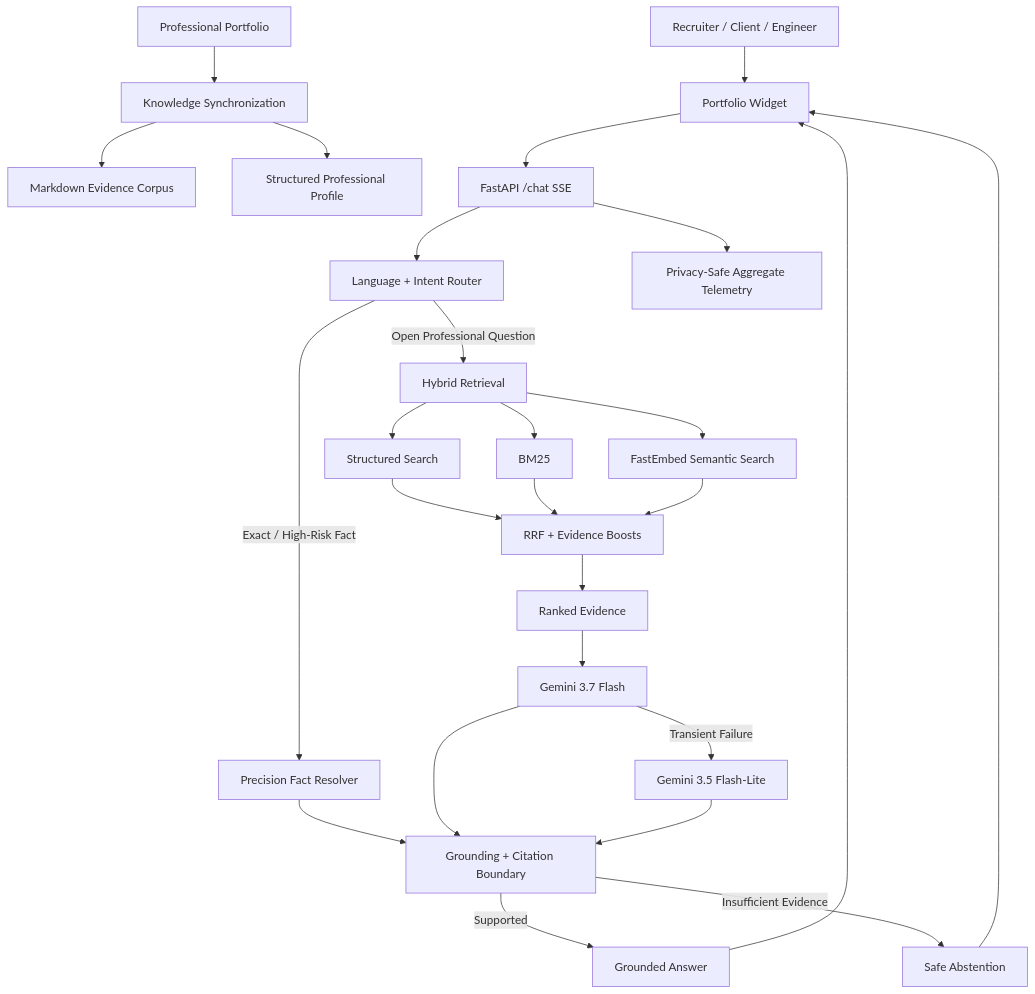
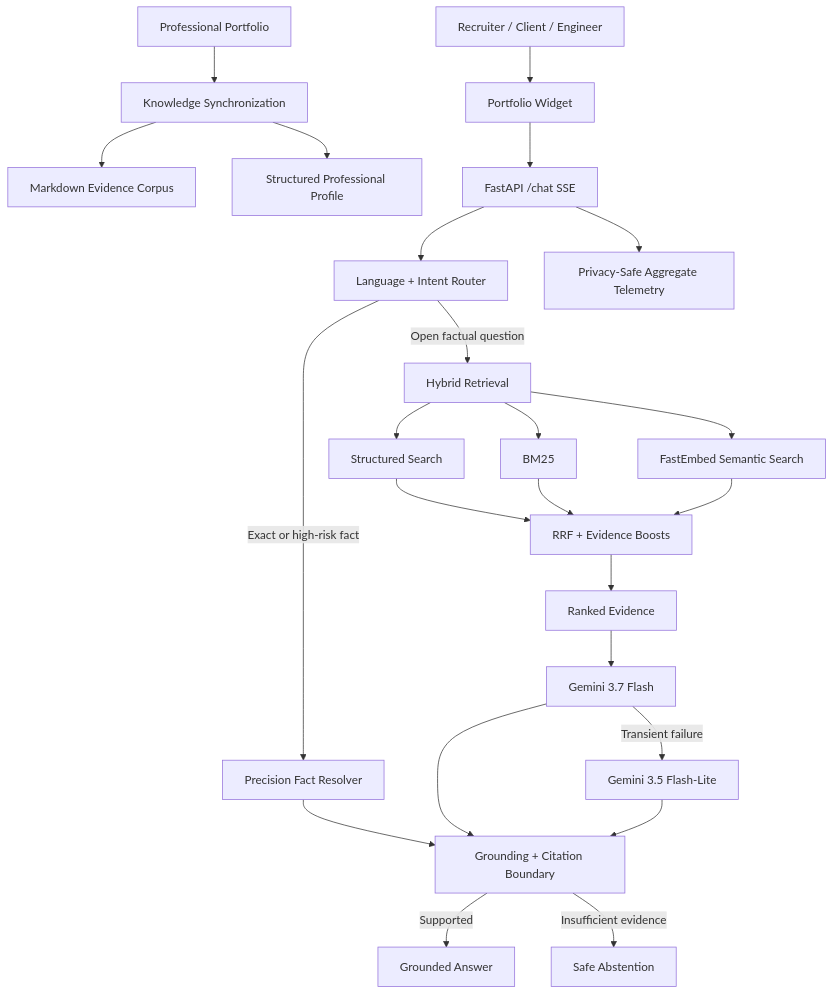
Before and after one commit to YOUSSEF-BT/ASK-YOUSSEF-AI: the diagram in docs/architecture.md, drawn with Mermaid. The commit also changed other lines of this file, not shown here.

Commit message:
Refine architecture documentation

````diff
--- a/docs/architecture.md
+++ b/docs/architecture.md
@@ -9,42 +9,34 @@
 ```mermaid
 flowchart TD
+    P[Professional Portfolio] --> S[Knowledge Synchronization]
+    S --> M[Markdown Evidence Corpus]
+    S --> J[Structured Professional Profile]
 
-    Portfolio[Professional Portfolio]
-    Portfolio --> Sync[Knowledge Synchronization]
+    U[Recruiter / Client / Engineer] --> W[Portfolio Widget]
+    W --> API[FastAPI /chat SSE]
+    API --> R[Language + Intent Router]
 
-    Sync --> Corpus[Markdown Evidence Corpus]
-    Sync --> Profile[Structured Professional Profile]
+    R -->|Exact or high-risk fact| F[Precision Fact Resolver]
+    R -->|Open factual question| H[Hybrid Retrieval]
 
-    Visitor[Recruiter / Client / Engineer]
-    Visitor --> Widget[Portfolio Widget]
+    H --> ST[Structured Search]
+    H --> B[BM25]
+    H --> E[FastEmbed Semantic Search]
 
-    Widget --> API[FastAPI /chat SSE]
-    API --> Router[Language + Intent Router]
+    ST --> RRF[RRF + Evidence Boosts]
+    B --> RRF
+    E --> RRF
 
-    Router -->|Exact / High-Risk Fact| Facts[Precision Fact Resolver]
-    Router -->|Open Professional Question| Hybrid[Hybrid Retrieval]
+    RRF --> C[Ranked Evidence]
+    C --> G[Gemini 3.7 Flash]
+    G -->|Transient failure| GF[Gemini 3.5 Flash-Lite]
 
-    Hybrid --> Structured[Structured Search]
-    Hybrid --> Lexical[BM25]
-    Hybrid --> Semantic[FastEmbed Semantic Search]
+    F --> Q[Grounding + Citation Boundary]
+    G --> Q
+    GF --> Q
 
-    Structured --> Fusion[RRF + Evidence Boosts]
-    Lexical --> Fusion
-    Semantic --> Fusion
+    Q -->|Supported| A[Grounded Answer]
+    Q -->|Insufficient evidence| X[Safe Abstention]
 
-    Fusion --> Evidence[Ranked Evidence]
-    Evidence --> Primary[Gemini 3.7 Flash]
-    Primary -->|Transient Failure| Fallback[Gemini 3.5 Flash-Lite]
-
-    Facts --> Grounding[Grounding + Citation Boundary]
-    Primary --> Grounding
-    Fallback --> Grounding
-
-    Grounding -->|Supported| Answer[Grounded Answer]
-    Grounding -->|Insufficient Evidence| Abstain[Safe Abstention]
-
-    Answer --> Widget
-    Abstain --> Widget
-
-    API --> Metrics[Privacy-Safe Aggregate Telemetry]
+    API --> O[Privacy-Safe Aggregate Telemetry]
 ```
````
